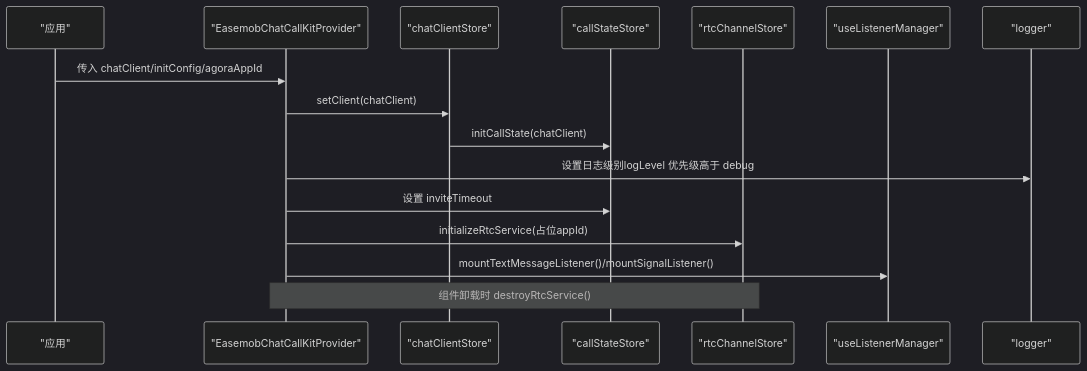
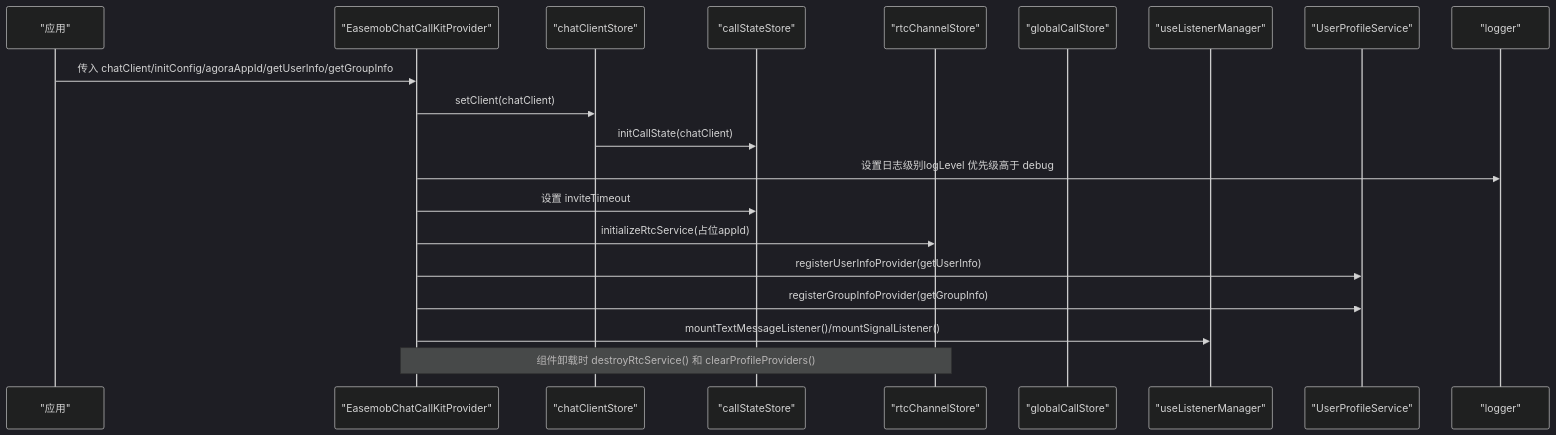
Before and after one commit to Easemob-Community/easemob-uikit-callkit-vue3: the second of 5 diagrams in .qoder/repowiki/zh/content/核心组件/Provider 组件.md, drawn with Mermaid (dark theme). The commit also changed other lines of this file and 15 other files, not shown here.

````diff
--- a/.qoder/repowiki/zh/content/核心组件/Provider 组件.md
+++ b/.qoder/repowiki/zh/content/核心组件/Provider 组件.md
@@ -123,18 +142,22 @@
 ```mermaid
 sequenceDiagram
 participant App as "应用"
 participant Provider as "EasemobChatCallKitProvider"
 participant ChatStore as "chatClientStore"
 participant CallState as "callStateStore"
 participant RtcStore as "rtcChannelStore"
+participant GlobalStore as "globalCallStore"
 participant Listener as "useListenerManager"
+participant UserSvc as "UserProfileService"
 participant Logger as "logger"
-App->>Provider : 传入 chatClient/initConfig/agoraAppId
+App->>Provider : 传入 chatClient/initConfig/agoraAppId/getUserInfo/getGroupInfo
 Provider->>ChatStore : setClient(chatClient)
 ChatStore->>CallState : initCallState(chatClient)
 Provider->>Logger : 设置日志级别logLevel 优先级高于 debug
 Provider->>CallState : 设置 inviteTimeout
 Provider->>RtcStore : initializeRtcService(占位appId)
+Provider->>UserSvc : registerUserInfoProvider(getUserInfo)
+Provider->>UserSvc : registerGroupInfoProvider(getGroupInfo)
 Provider->>Listener : mountTextMessageListener()/mountSignalListener()
-Note over Provider,RtcStore : 组件卸载时 destroyRtcService()
+Note over Provider,RtcStore : 组件卸载时 destroyRtcService() 和 clearProfileProviders()
 ```
````
